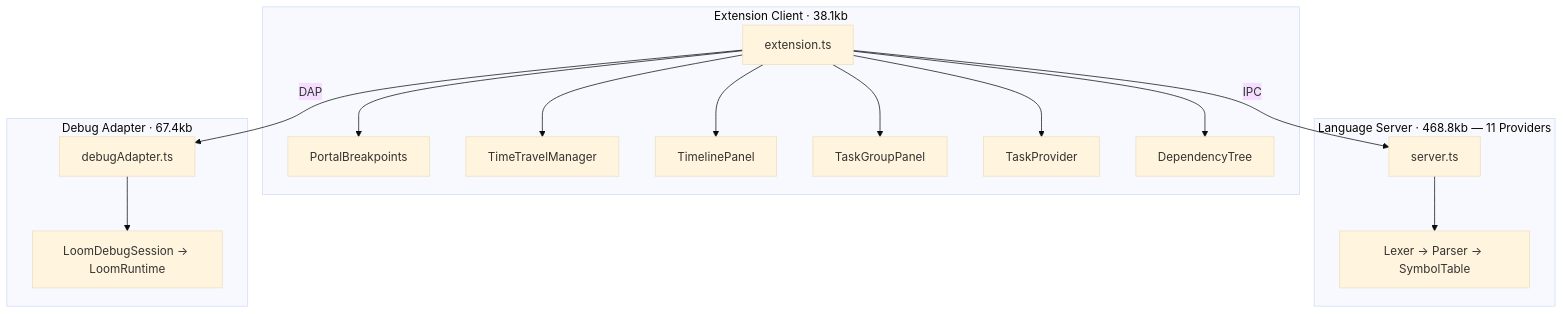
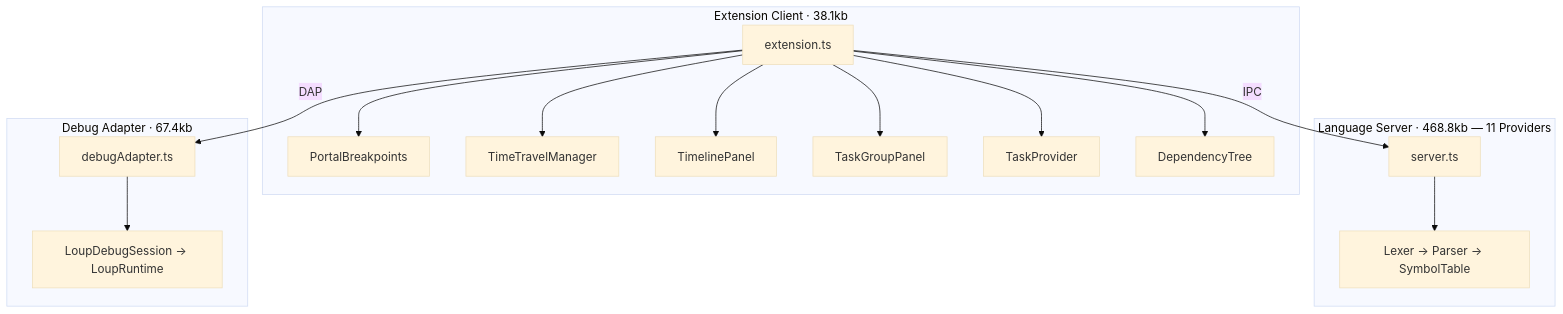
The diagram in specs/walkthrough.md (code-craft-ai-company/loup-vscode-extension), drawn with Mermaid (base theme) before and after one commit. The commit also changed other lines of this file and 38 other files, not shown here.

First line of the commit message:
rename: Loom → Loup (language id, file extensions, grammar scope, package name)

````diff
--- a/specs/walkthrough.md
+++ b/specs/walkthrough.md
@@ -5,20 +5,20 @@
 ```mermaid
 graph TB
     subgraph "Extension Client · 38.1kb"
         EXT[extension.ts]
         EXT --> PBP[PortalBreakpoints]
         EXT --> TTM[TimeTravelManager]
         EXT --> TLP[TimelinePanel]
         EXT --> TGP[TaskGroupPanel]
         EXT --> TP[TaskProvider]
         EXT --> DT[DependencyTree]
     end
     subgraph "Language Server · 468.8kb — 11 Providers"
         SRV[server.ts] --> PARSE[Lexer → Parser → SymbolTable]
     end
     subgraph "Debug Adapter · 67.4kb"
-        DAP[debugAdapter.ts] --> SES[LoomDebugSession → LoomRuntime]
+        DAP[debugAdapter.ts] --> SES[LoupDebugSession → LoupRuntime]
     end
     EXT -->|IPC| SRV
     EXT -->|DAP| DAP
 ```
````
